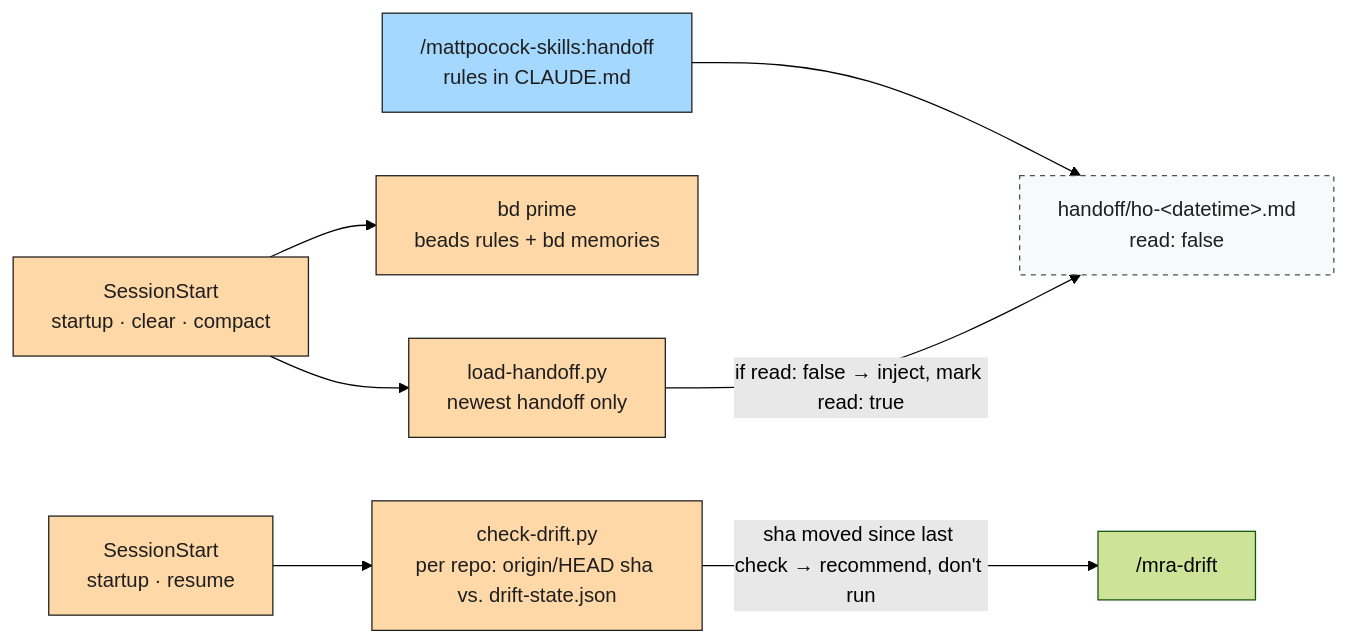
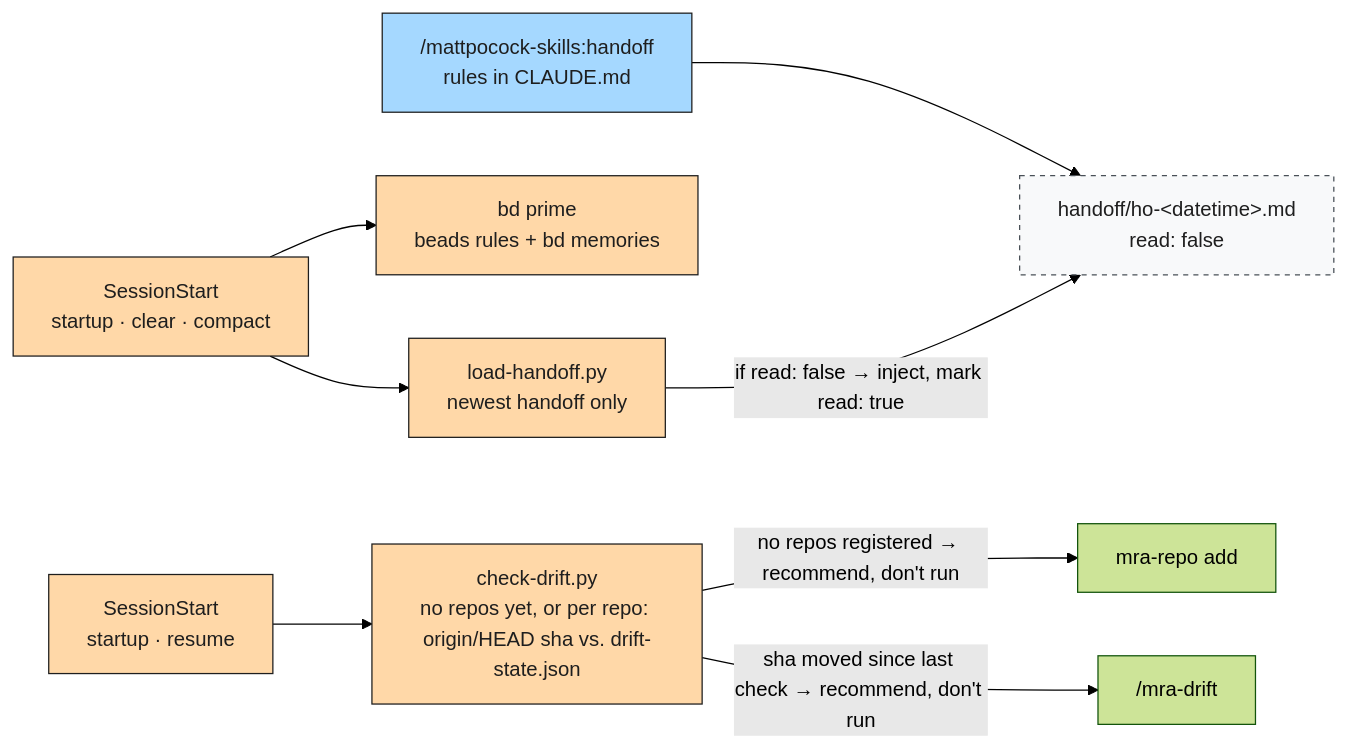
One commit to Ancora-Ancora/mra-flow changed the fifth of 5 diagrams in payload/orchestrator/.mra-flow/docs/mra-flow.md. Above: the diagram before and after it, drawn with Mermaid (forest theme). The commit also changed 7 other files, not shown here.

First line of the commit message:
Remind to register repos until mra-flow.toml has at least one; release 0.1.13

````diff
--- a/payload/orchestrator/.mra-flow/docs/mra-flow.md
+++ b/payload/orchestrator/.mra-flow/docs/mra-flow.md
@@ -194,13 +194,14 @@
 ```mermaid
 flowchart LR
     classDef mp fill:#a5d8ff,stroke:#1e1e1e,color:#1e1e1e
     classDef hook fill:#ffd8a8,stroke:#1e1e1e,color:#1e1e1e
     classDef art fill:#f8f9fa,stroke:#495057,stroke-dasharray:4 4,color:#1e1e1e
 
     ho["/mattpocock-skills:handoff<br/>rules in CLAUDE.md"]:::mp --> hf["handoff/ho-#lt;datetime#gt;.md<br/>read: false"]:::art
     ss["SessionStart<br/>startup · clear · compact"]:::hook --> bp["bd prime<br/>beads rules + bd memories"]:::hook
     ss --> lh["load-handoff.py<br/>newest handoff only"]:::hook
     lh -- "if read: false → inject, mark read: true" --> hf
-    ss2["SessionStart<br/>startup · resume"]:::hook --> cd["check-drift.py<br/>per repo: origin/HEAD sha vs. drift-state.json"]:::hook
+    ss2["SessionStart<br/>startup · resume"]:::hook --> cd["check-drift.py<br/>no repos yet, or per repo: origin/HEAD sha vs. drift-state.json"]:::hook
+    cd -- "no repos registered → recommend, don't run" --> mr["mra-repo add"]
     cd -- "sha moved since last check → recommend, don't run" --> dr["/mra-drift"]
 ```
````
